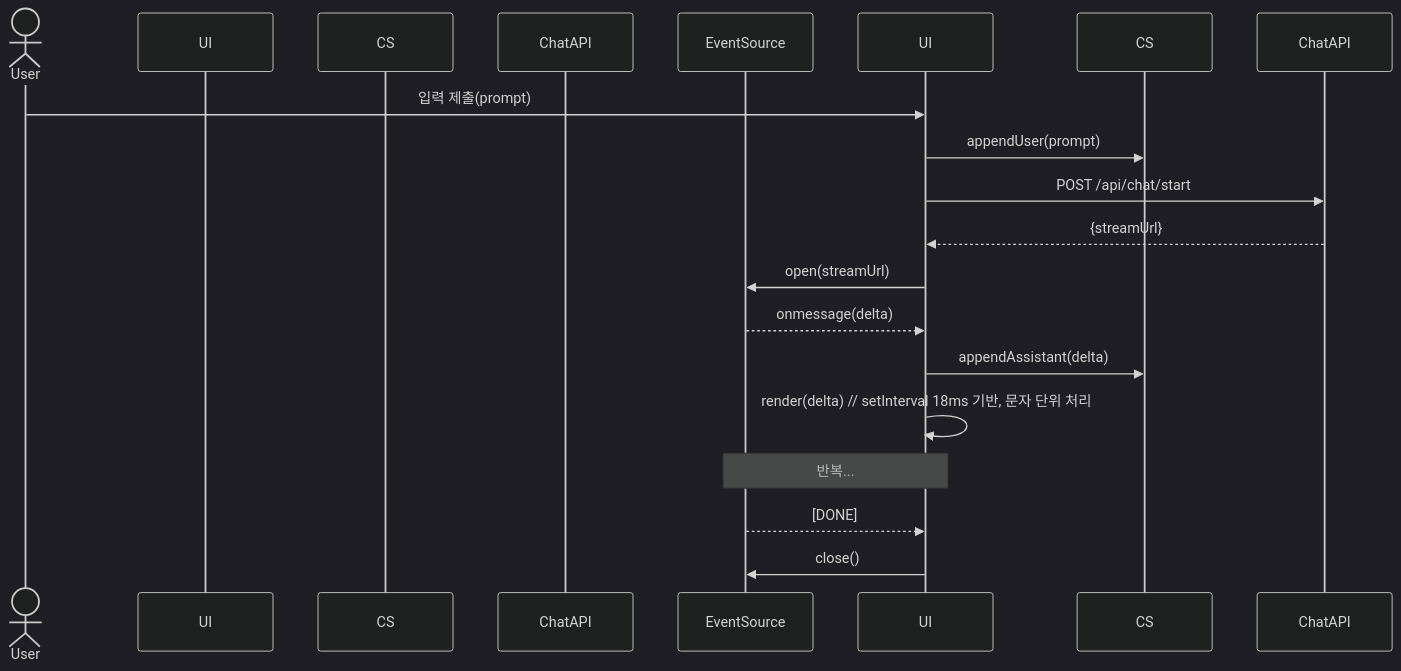
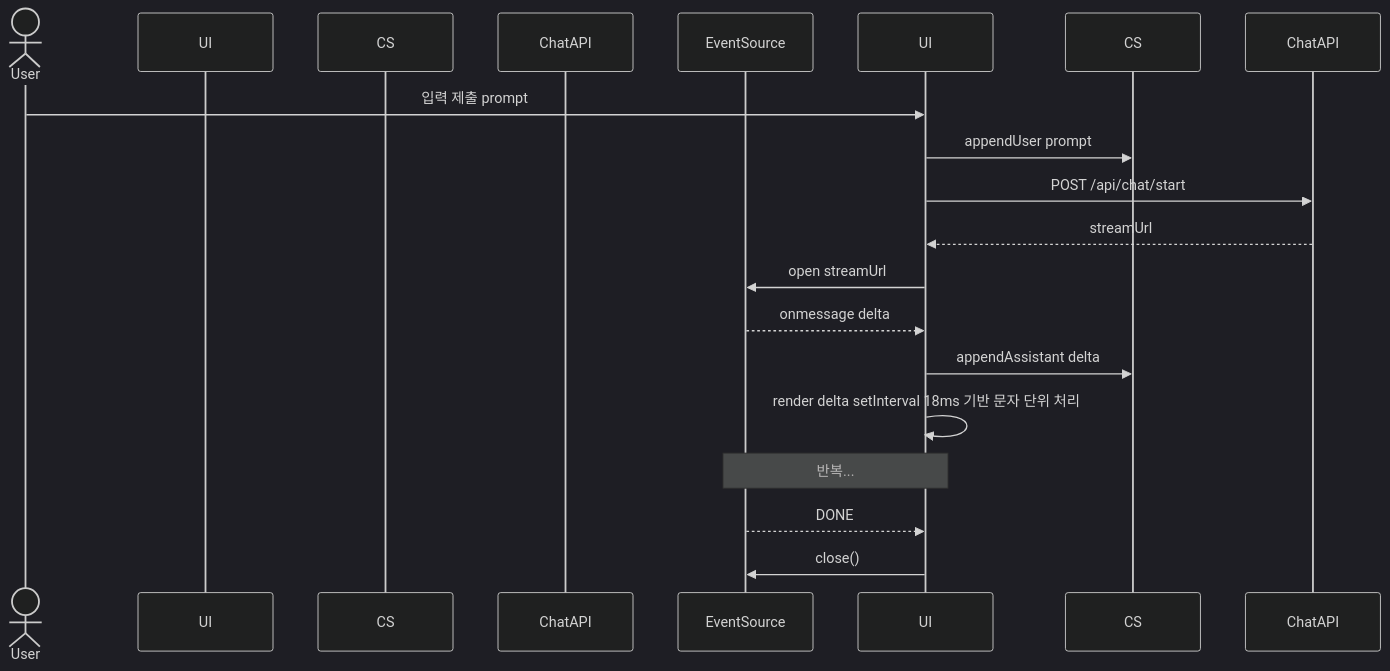
Diagram 15 of 31 in FRONTEND_UML_SPECIFICATION.md (SKNETWORKS-FAMILY-AICAMP/SKN12-FINAL-2TEAM), drawn with Mermaid (dark theme) before and after one commit. The commit also changed other lines of this file, not shown here.

````diff
--- a/FRONTEND_UML_SPECIFICATION.md
+++ b/FRONTEND_UML_SPECIFICATION.md
@@ -700,20 +700,20 @@
 ```mermaid
 sequenceDiagram
     actor User
     participant ChatPage as UI
     participant ChatStore as CS
     participant Api as ChatAPI
     participant SSE as EventSource
     
-    User->>UI: 입력 제출(prompt)
-    UI->>CS: appendUser(prompt)
+    User->>UI: 입력 제출 prompt
+    UI->>CS: appendUser prompt
     UI->>ChatAPI: POST /api/chat/start
-    ChatAPI-->>UI: {streamUrl}
-    UI->>SSE: open(streamUrl)
-    SSE-->>UI: onmessage(delta)
-    UI->>CS: appendAssistant(delta)
-    UI->>UI: render(delta) // setInterval 18ms 기반, 문자 단위 처리
+    ChatAPI-->>UI: streamUrl
+    UI->>SSE: open streamUrl
+    SSE-->>UI: onmessage delta
+    UI->>CS: appendAssistant delta
+    UI->>UI: render delta setInterval 18ms 기반 문자 단위 처리
     Note over UI,SSE: 반복...
-    SSE-->>UI: [DONE]
+    SSE-->>UI: DONE
     UI->>SSE: close()
 ```
````
